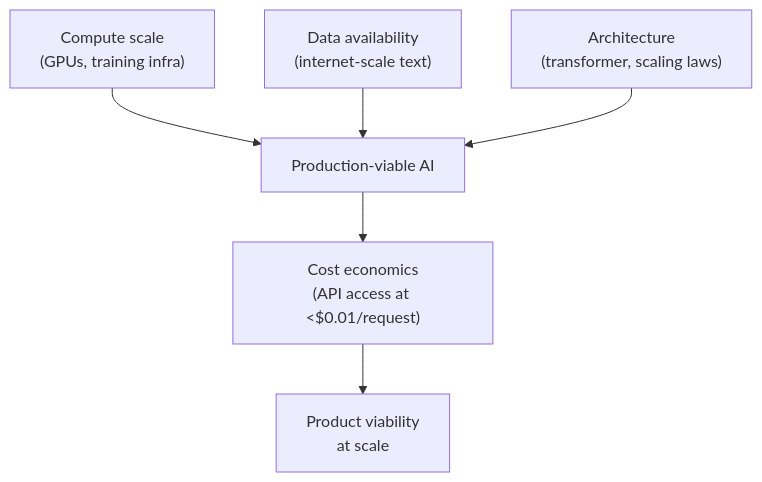
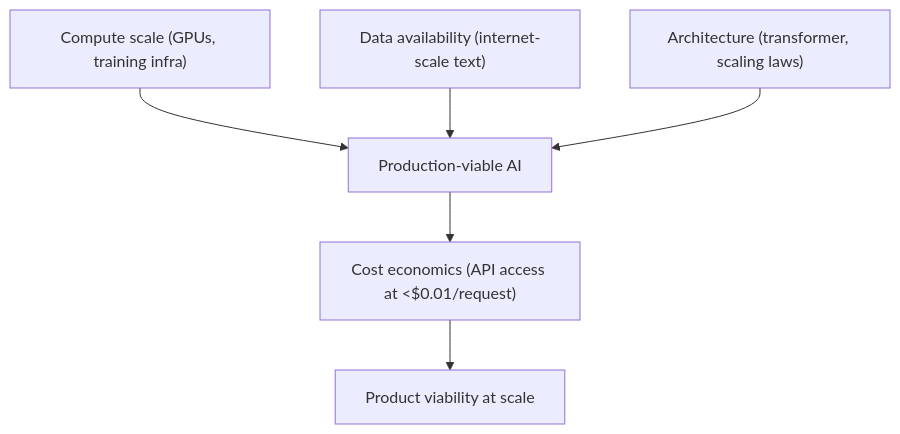
Before and after one commit to mjac-yue/ai-architecture-for-pms: the third of 4 diagrams in module-01-why-ai-products-exist.md, drawn with Mermaid. The commit also changed other lines of this file and 15 other files, not shown here.

First line of the commit message:
Remove HTML tags from Mermaid node labels for Obsidian compatibility

````diff
--- a/module-01-why-ai-products-exist.md
+++ b/module-01-why-ai-products-exist.md
@@ -121,8 +121,8 @@
 ```mermaid
 flowchart TD
-    C["Compute scale<br>(GPUs, training infra)"] --> AI["Production-viable AI"]
-    D["Data availability<br>(internet-scale text)"] --> AI
-    A["Architecture<br>(transformer, scaling laws)"] --> AI
-    AI --> E["Cost economics<br>(API access at <$0.01/request)"]
-    E --> P["Product viability<br>at scale"]
+    C["Compute scale (GPUs, training infra)"] --> AI["Production-viable AI"]
+    D["Data availability (internet-scale text)"] --> AI
+    A["Architecture (transformer, scaling laws)"] --> AI
+    AI --> E["Cost economics (API access at <$0.01/request)"]
+    E --> P["Product viability at scale"]
 ```
````
